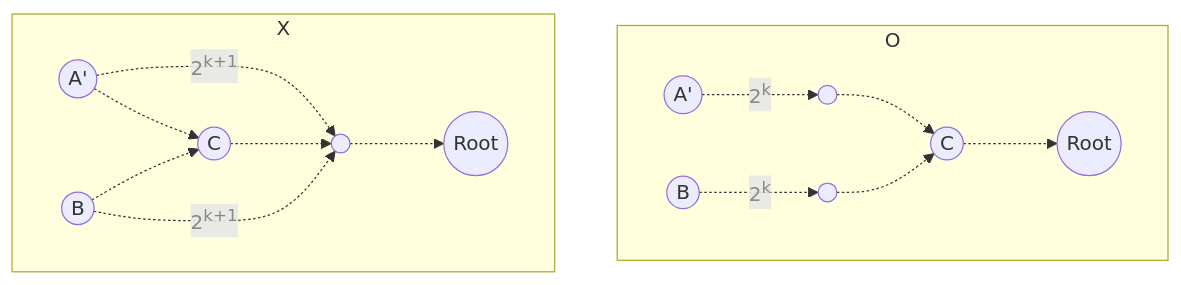
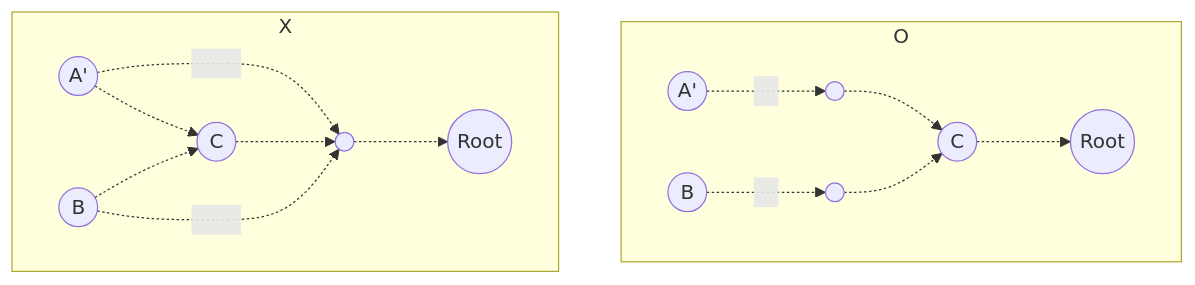
One commit to CHOYUNSIG/algorithm_with_boj changed the fourth of 6 diagrams in _posts/2024-01-20-lca.md. Above: the diagram before and after it, drawn with Mermaid. The commit also changed other lines of this file and 1 other file, not shown here.

```diff
--- a/_posts/2024-01-20-lca.md
+++ b/_posts/2024-01-20-lca.md
@@ -111,34 +119,34 @@
 <pre class="mermaid">
     graph TD
 
     subgraph O
         direction LR
-        Ap1 -. <p style="color: #888">2<sup>k</sup></p> .-> node1
-        B1 -. <p style="color: #888">2<sup>k</sup></p> .-> node2
+        Ap1 -. <span class="mathjax mj1" style="display: inline-block; width: 20px"></span> .-> node1
+        B1 -. <span class="mathjax mj2" style="display: inline-block; width: 20px"></span> .-> node2
         node1 -.-> C1
         node2 -.-> C1
         C1 -.-> root1
     end
 
     subgraph X
         direction LR
         Ap2 -.-> C2
         B2 -.-> C2
-        Ap2 -. <p style="color: #888">2<sup>k+1</sup></p> .-> node3
+        Ap2 -. <span class="mathjax mj3" style="display: inline-block; width: 40px"></span> .-> node3
         C2 -.-> node3
-        B2 -. <p style="color: #888">2<sup>k+1</sup></p> .-> node3
+        B2 -. <span class="mathjax mj4" style="display: inline-block; width: 40px"></span> .-> node3
         node3 -.-> root2
     end
 
-    Ap1((A'))
-    Ap2((A'))
-    B1((B))
-    B2((B))
-    C1((C))
-    C2((C))
+    Ap1(("<span style="display: inline-block; width: 1em">A'</span>"))
+    Ap2(("<span style="display: inline-block; width: 1em">A'</span>"))
+    B1(("<span style="display: inline-block; width: 1em">B</span>"))
+    B2(("<span style="display: inline-block; width: 1em">B</span>"))
+    C1(("<span style="display: inline-block; width: 1em">C</span>"))
+    C2(("<span style="display: inline-block; width: 1em">C</span>"))
     root1((Root))
     root2((Root))
     node1(( ))
     node2(( ))
     node3(( ))
 </pre>
```
